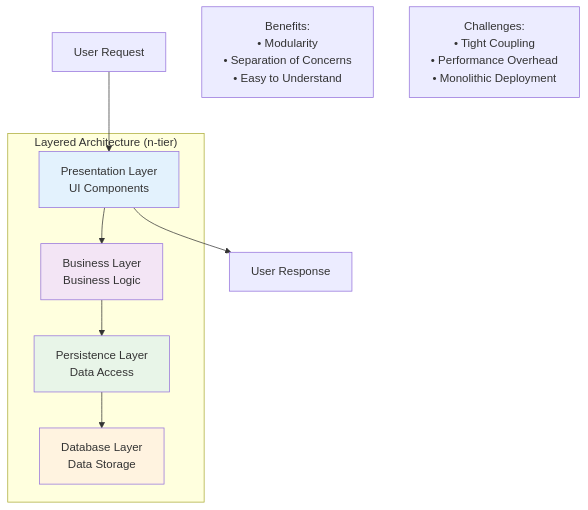
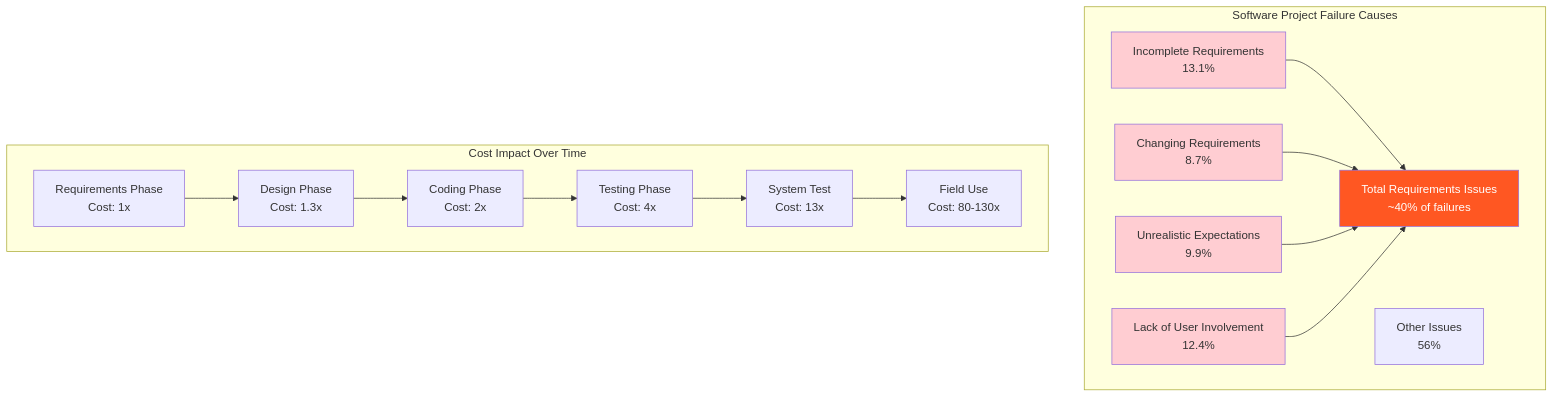
One commit to hunkim/VibeSoftwareEngineering changed the first of 3 diagrams in chapters/chapter-04.md. Above: the diagram before and after it, drawn with Mermaid. The commit also changed other lines of this file and 17 other files, not shown here.

````diff
--- a/chapters/chapter-04.md
+++ b/chapters/chapter-04.md
@@ -7,24 +27,24 @@
 ```mermaid
 graph TD
-    subgraph "Layered Architecture (n-tier)"
-        A["Presentation Layer<br/>UI Components"]
-        B["Business Layer<br/>Business Logic"]
-        C["Persistence Layer<br/>Data Access"]
-        D["Database Layer<br/>Data Storage"]
+    subgraph "Software Project Failure Causes"
+        A["Incomplete Requirements<br/>13.1%"] --> F["Total Requirements Issues<br/>~40% of failures"]
+        B["Changing Requirements<br/>8.7%"] --> F
+        C["Unrealistic Expectations<br/>9.9%"] --> F
+        D["Lack of User Involvement<br/>12.4%"] --> F
+        E["Other Issues<br/>56%"]
     end
     
-    A --> B
-    B --> C
-    C --> D
+    subgraph "Cost Impact Over Time"
+        G["Requirements Phase<br/>Cost: 1x"] --> H["Design Phase<br/>Cost: 1.3x"]
+        H --> I["Coding Phase<br/>Cost: 2x"]
+        I --> J["Testing Phase<br/>Cost: 4x"]
+        J --> K["System Test<br/>Cost: 13x"]
+        K --> L["Field Use<br/>Cost: 80-130x"]
+    end
     
-    E["User Request"] --> A
-    A --> F["User Response"]
-    
-    G["Benefits:<br/>• Modularity<br/>• Separation of Concerns<br/>• Easy to Understand"]
-    H["Challenges:<br/>• Tight Coupling<br/>• Performance Overhead<br/>• Monolithic Deployment"]
-    
-    style A fill:#e3f2fd
-    style B fill:#f3e5f5
-    style C fill:#e8f5e8
-    style D fill:#fff3e0
+    style A fill:#ffcdd2
+    style B fill:#ffcdd2
+    style C fill:#ffcdd2
+    style D fill:#ffcdd2
+    style F fill:#ff5722,color:#fff
 ```
````
